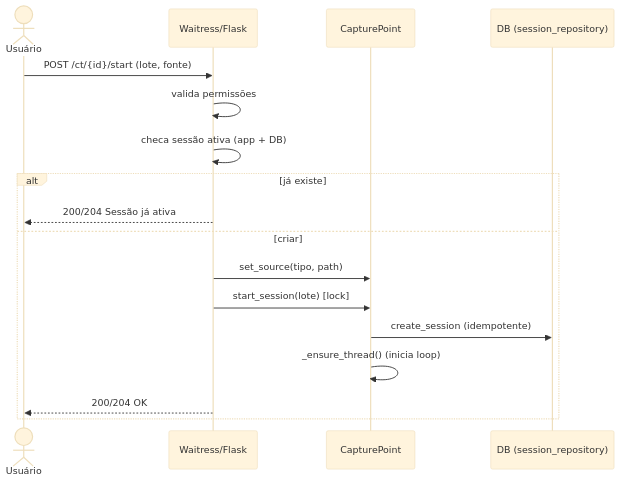
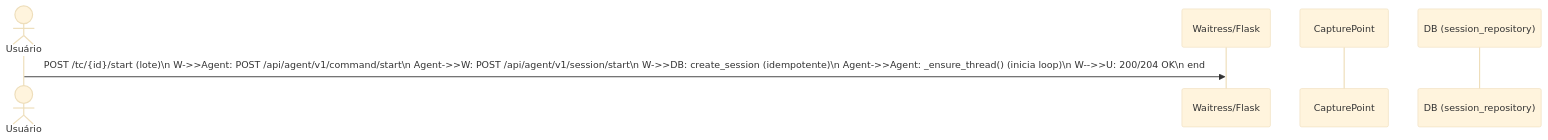
Before and after one commit to rcanhette/projeto_sacaria_yolo5: the third of 4 diagrams in docs/ARCHITECTURE.md, drawn with Mermaid (base theme). The commit also changed other lines of this file and 314 other files, not shown here.

````diff
--- a/docs/ARCHITECTURE.md
+++ b/docs/ARCHITECTURE.md
@@ -61,20 +61,9 @@
 ```mermaid
 sequenceDiagram
   actor U as Usuário
   participant W as Waitress/Flask
   participant CT as CapturePoint
   participant DB as DB (session_repository)
 
-  U->>W: POST /ct/{id}/start (lote, fonte)
-  W->>W: valida permissões
-  W->>W: checa sessão ativa (app + DB)
-  alt já existe
-    W-->>U: 200/204 Sessão já ativa
-  else criar
-    W->>CT: set_source(tipo, path)
-    W->>CT: start_session(lote) [lock]
-    CT->>DB: create_session (idempotente)
-    CT->>CT: _ensure_thread() (inicia loop)
-    W-->>U: 200/204 OK
-  end
+  U->>W: POST /tc/{id}/start (lote)\n  W->>Agent: POST /api/agent/v1/command/start\n  Agent->>W: POST /api/agent/v1/session/start\n  W->>DB: create_session (idempotente)\n  Agent->>Agent: _ensure_thread() (inicia loop)\n  W-->>U: 200/204 OK\n  end
 ```
````
